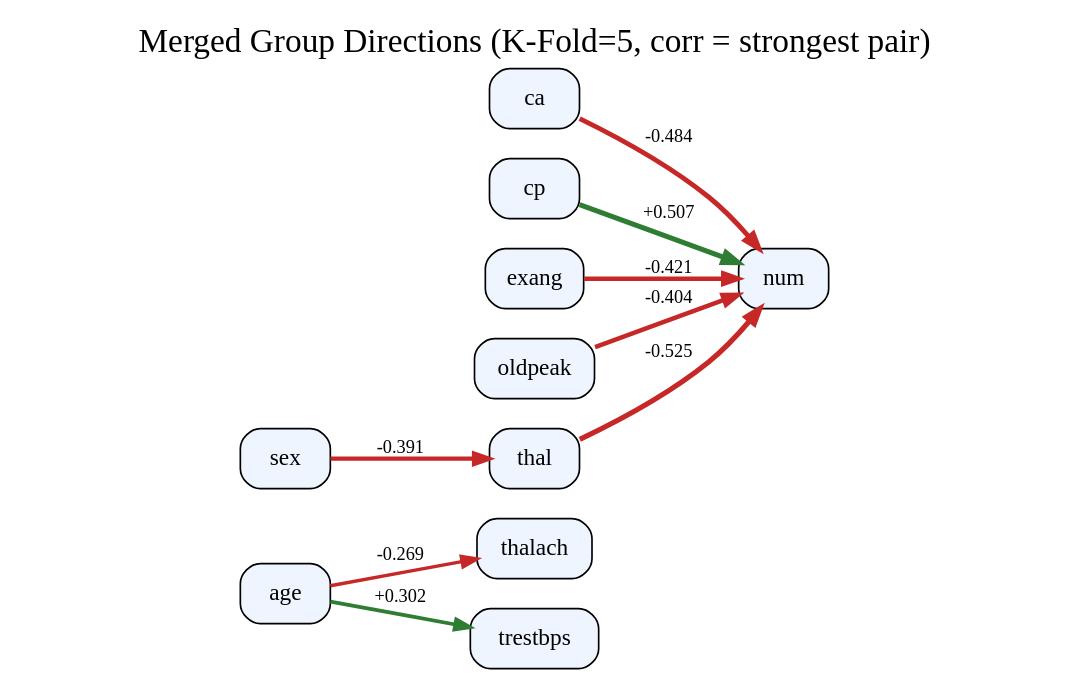
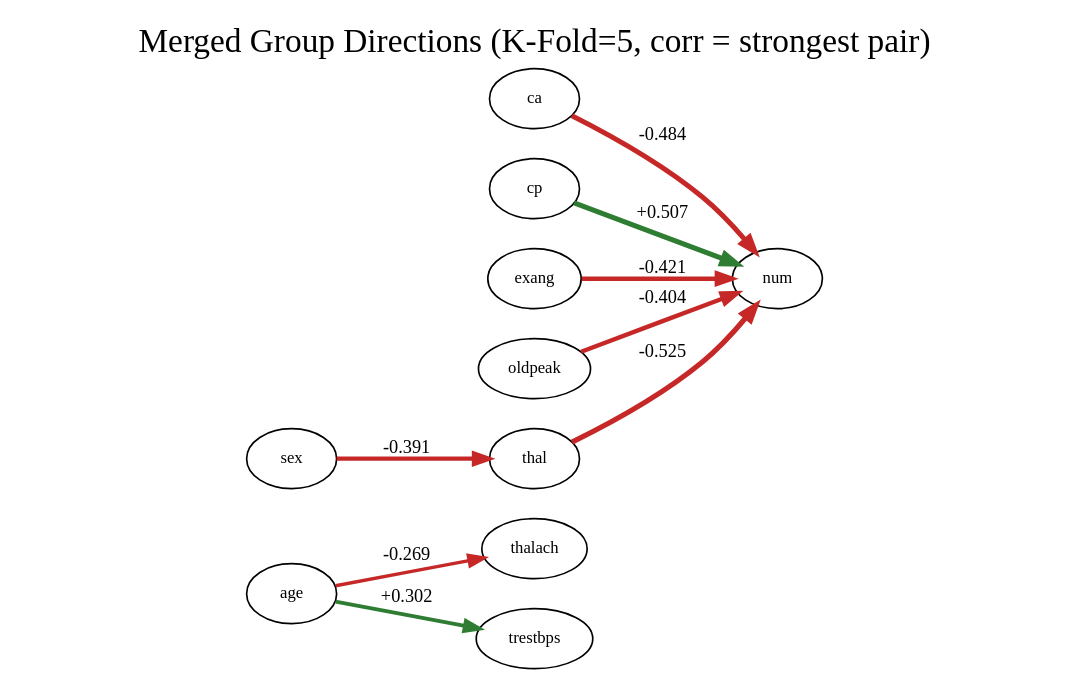
Before and after one commit to AKANEMO22/MedTCAX-Causal-Argumentative-Explainability: the diagram in causal_argumentation-main/outputs_heart_disease/fci_experiment/merged_groups_fci_weighted.dot, drawn with Graphviz. The commit also changed 64 other files, not shown here.

```diff
--- a/causal_argumentation-main/outputs_heart_disease/fci_experiment/merged_groups_fci_weighted.dot
+++ b/causal_argumentation-main/outputs_heart_disease/fci_experiment/merged_groups_fci_weighted.dot
@@ -1,24 +1,24 @@
 digraph G {
 rankdir=LR;
 label="Merged Group Directions (K-Fold=5, corr = strongest pair)";
 labelloc=t;
 fontsize=20;
-age [shape=box, style="rounded,filled", fillcolor="#eef5ff"];
-ca [shape=box, style="rounded,filled", fillcolor="#eef5ff"];
-cp [shape=box, style="rounded,filled", fillcolor="#eef5ff"];
-exang [shape=box, style="rounded,filled", fillcolor="#eef5ff"];
-num [shape=box, style="rounded,filled", fillcolor="#eef5ff"];
-oldpeak [shape=box, style="rounded,filled", fillcolor="#eef5ff"];
-sex [shape=box, style="rounded,filled", fillcolor="#eef5ff"];
-thal [shape=box, style="rounded,filled", fillcolor="#eef5ff"];
-thalach [shape=box, style="rounded,filled", fillcolor="#eef5ff"];
-trestbps [shape=box, style="rounded,filled", fillcolor="#eef5ff"];
+age [shape=ellipse, fontsize=10];
+ca [shape=ellipse, fontsize=10];
+cp [shape=ellipse, fontsize=10];
+exang [shape=ellipse, fontsize=10];
+num [shape=ellipse, fontsize=10];
+oldpeak [shape=ellipse, fontsize=10];
+sex [shape=ellipse, fontsize=10];
+thal [shape=ellipse, fontsize=10];
+thalach [shape=ellipse, fontsize=10];
+trestbps [shape=ellipse, fontsize=10];
+age -> thalach [arrowsize=0.9, label=" -0.269 ", fontsize=11, color="#c62828", penwidth=2.0741340208058996];
+thal -> num [arrowsize=0.9, label=" -0.525 ", fontsize=11, color="#c62828", penwidth=3.099887497407961];
 oldpeak -> num [arrowsize=0.9, label=" -0.404 ", fontsize=11, color="#c62828", penwidth=2.6156442073879136];
+sex -> thal [arrowsize=0.9, label=" -0.391 ", fontsize=11, color="#c62828", penwidth=2.56291842168593];
+cp -> num [arrowsize=0.9, label=" +0.507 ", fontsize=11, color="#2e7d32", penwidth=3.028139926672511];
 exang -> num [arrowsize=0.9, label=" -0.421 ", fontsize=11, color="#c62828", penwidth=2.685421961825812];
 age -> trestbps [arrowsize=0.9, label=" +0.302 ", fontsize=11, color="#2e7d32", penwidth=2.2069895335503915];
-sex -> thal [arrowsize=0.9, label=" -0.391 ", fontsize=11, color="#c62828", penwidth=2.56291842168593];
 ca -> num [arrowsize=0.9, label=" -0.484 ", fontsize=11, color="#c62828", penwidth=2.9341209987654198];
-thal -> num [arrowsize=0.9, label=" -0.525 ", fontsize=11, color="#c62828", penwidth=3.099887497407961];
-age -> thalach [arrowsize=0.9, label=" -0.269 ", fontsize=11, color="#c62828", penwidth=2.0741340208058996];
-cp -> num [arrowsize=0.9, label=" +0.507 ", fontsize=11, color="#2e7d32", penwidth=3.028139926672511];
 }
```
